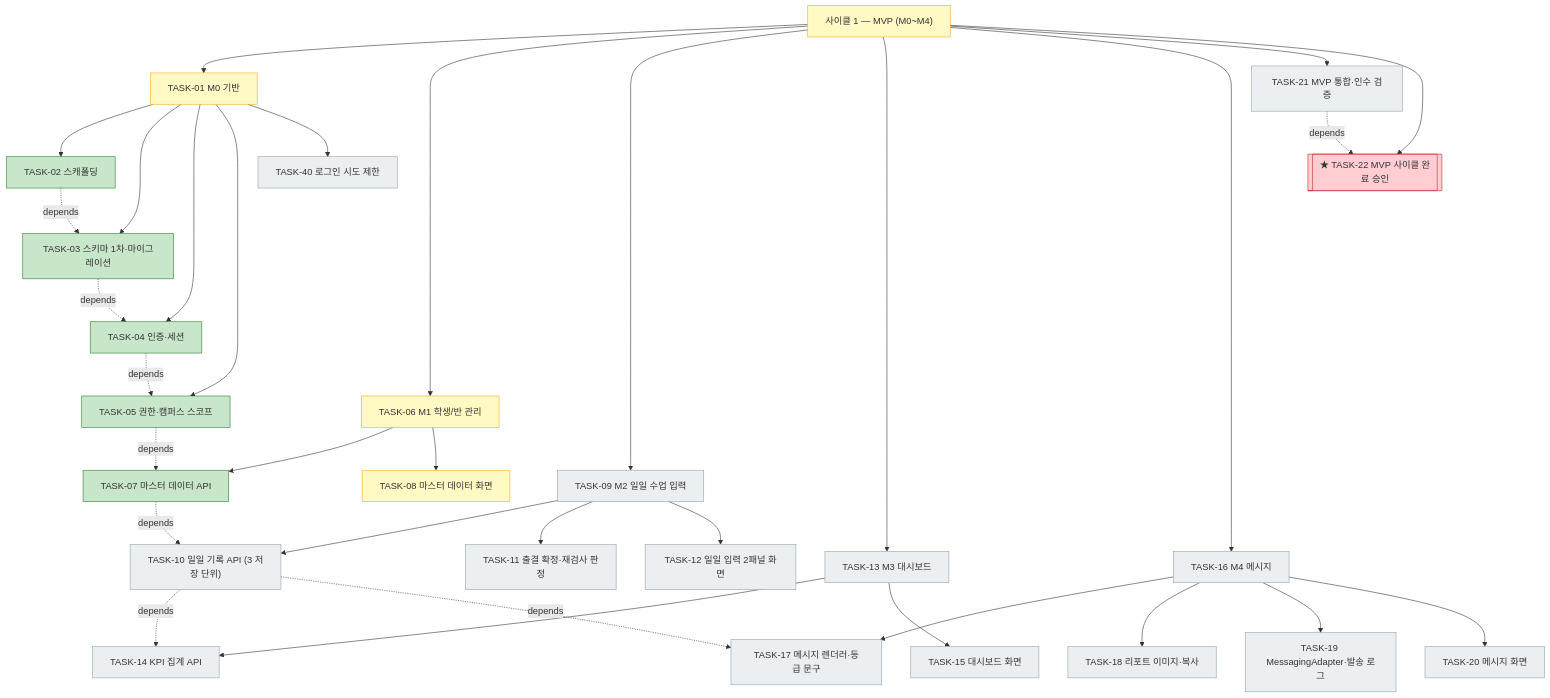
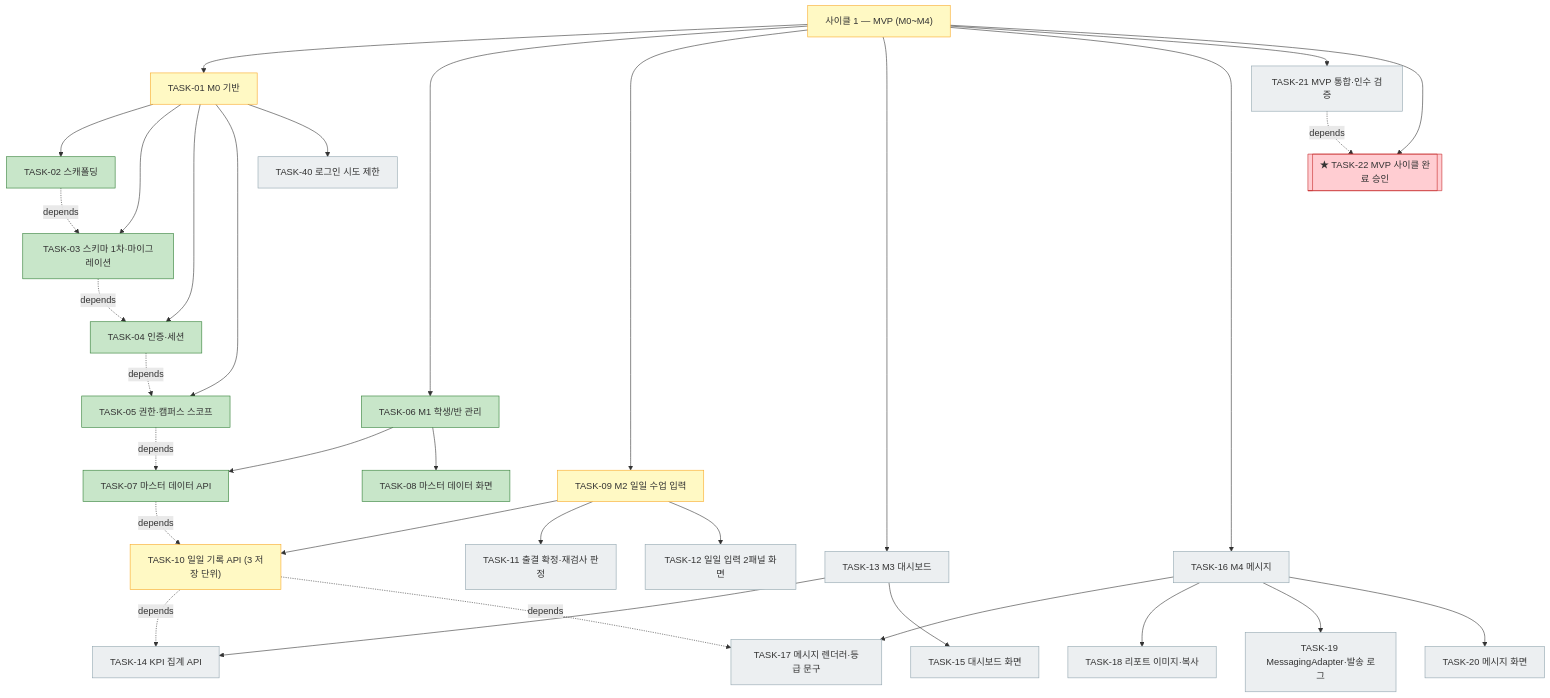
One commit to bluesky5008/mathdesk changed the first of 2 diagrams in docs/plan.md. Above: the diagram before and after it, drawn with Mermaid. The commit also changed other lines of this file and 15 other files, not shown here.

````diff
--- a/docs/plan.md
+++ b/docs/plan.md
@@ -100,39 +100,39 @@
 ```mermaid
 flowchart TD
     C1["사이클 1 — MVP (M0~M4)"]:::active
     C1 --> T01["TASK-01 M0 기반"]:::active
     T01 --> T02["TASK-02 스캐폴딩"]:::done
     T01 --> T03["TASK-03 스키마 1차·마이그레이션"]:::done
     T01 --> T04["TASK-04 인증·세션"]:::done
     T01 --> T05["TASK-05 권한·캠퍼스 스코프"]:::done
     T01 --> T40["TASK-40 로그인 시도 제한"]:::todo
-    C1 --> T06["TASK-06 M1 학생/반 관리"]:::active
+    C1 --> T06["TASK-06 M1 학생/반 관리"]:::done
     T06 --> T07["TASK-07 마스터 데이터 API"]:::done
-    T06 --> T08["TASK-08 마스터 데이터 화면"]:::active
-    C1 --> T09["TASK-09 M2 일일 수업 입력"]:::todo
-    T09 --> T10["TASK-10 일일 기록 API (3 저장 단위)"]:::todo
+    T06 --> T08["TASK-08 마스터 데이터 화면"]:::done
+    C1 --> T09["TASK-09 M2 일일 수업 입력"]:::active
+    T09 --> T10["TASK-10 일일 기록 API (3 저장 단위)"]:::active
     T09 --> T11["TASK-11 출결 확정·재검사 판정"]:::todo
     T09 --> T12["TASK-12 일일 입력 2패널 화면"]:::todo
     C1 --> T13["TASK-13 M3 대시보드"]:::todo
     T13 --> T14["TASK-14 KPI 집계 API"]:::todo
     T13 --> T15["TASK-15 대시보드 화면"]:::todo
     C1 --> T16["TASK-16 M4 메시지"]:::todo
     T16 --> T17["TASK-17 메시지 렌더러·등급 문구"]:::todo
     T16 --> T18["TASK-18 리포트 이미지·복사"]:::todo
     T16 --> T19["TASK-19 MessagingAdapter·발송 로그"]:::todo
     T16 --> T20["TASK-20 메시지 화면"]:::todo
     C1 --> T21["TASK-21 MVP 통합·인수 검증"]:::todo
     C1 --> T22[["★ TASK-22 MVP 사이클 완료 승인"]]:::gate
     T02 -. depends .-> T03
     T03 -. depends .-> T04
     T04 -. depends .-> T05
     T05 -. depends .-> T07
     T07 -. depends .-> T10
     T10 -. depends .-> T14
     T10 -. depends .-> T17
     T21 -. depends .-> T22
     classDef done fill:#c8e6c9,stroke:#2e7d32
     classDef active fill:#fff9c4,stroke:#f9a825
     classDef todo fill:#eceff1,stroke:#90a4ae
     classDef gate fill:#ffcdd2,stroke:#c62828
 ```
````
